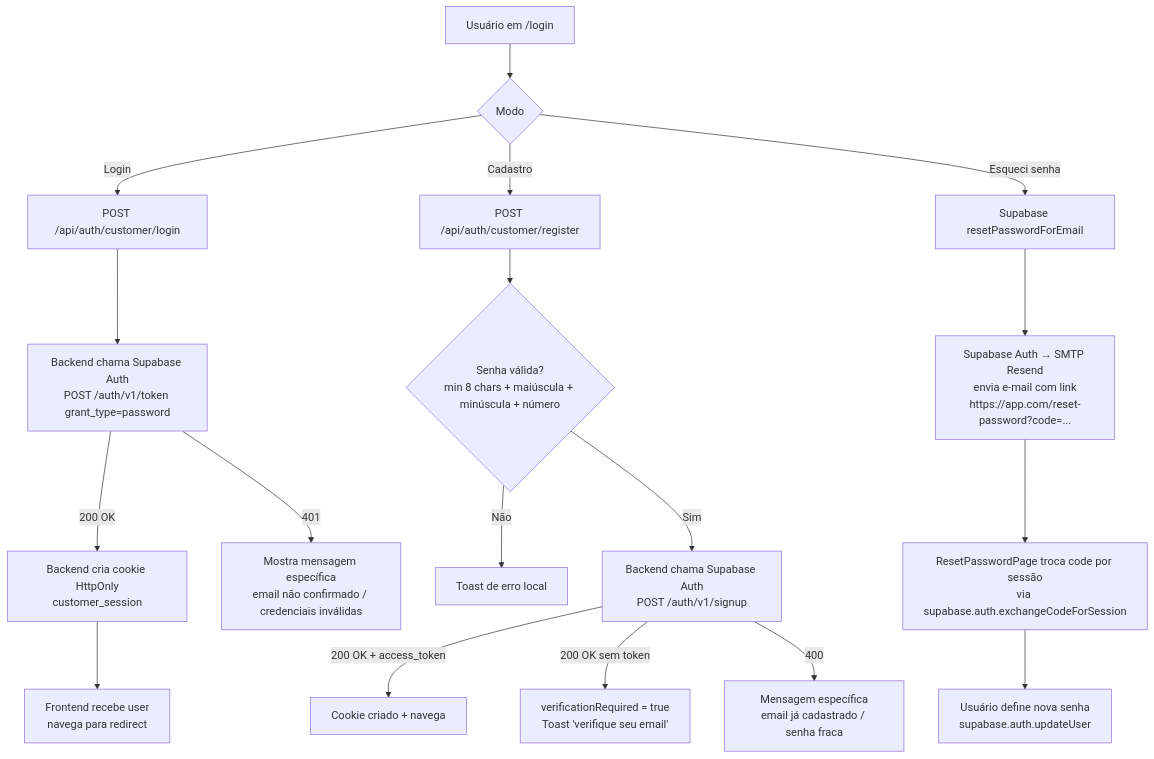
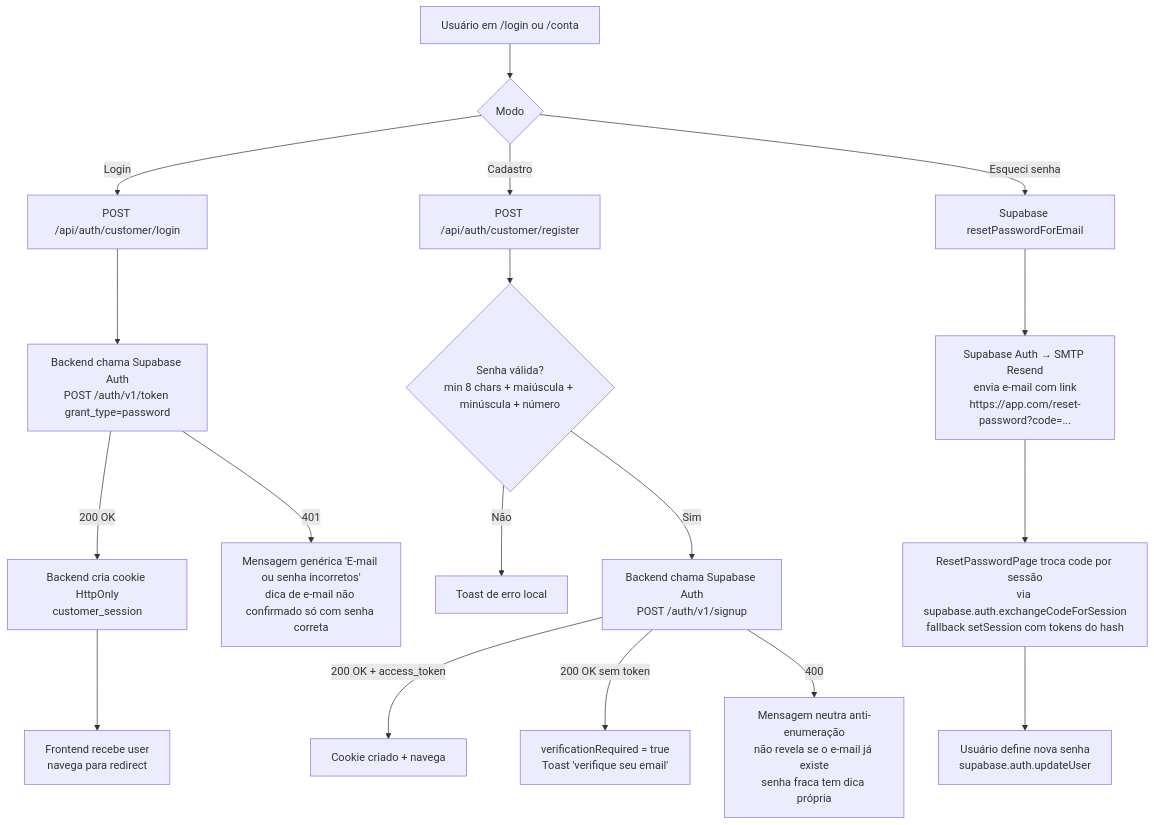
Before and after one commit to JoaoLuisC/Atelie-escolar: the first of 6 diagrams in docs/FLOWS.md, drawn with Mermaid. The commit also changed other lines of this file and 158 other files, not shown here.

````diff
--- a/docs/FLOWS.md
+++ b/docs/FLOWS.md
@@ -18,23 +18,23 @@
 ```mermaid
 flowchart TD
-    A[Usuário em /login] --> B{Modo}
+    A[Usuário em /login ou /conta] --> B{Modo}
     B -->|Login| C[POST /api/auth/customer/login]
     B -->|Cadastro| D[POST /api/auth/customer/register]
     B -->|Esqueci senha| E[Supabase resetPasswordForEmail]
 
     C --> C1[Backend chama Supabase Auth<br/>POST /auth/v1/token grant_type=password]
     C1 -->|200 OK| C2[Backend cria cookie HttpOnly<br/>customer_session]
     C2 --> C3[Frontend recebe user<br/>navega para redirect]
-    C1 -->|401| C4[Mostra mensagem específica<br/>email não confirmado / credenciais inválidas]
+    C1 -->|401| C4[Mensagem genérica 'E-mail ou senha incorretos'<br/>dica de e-mail não confirmado só com senha correta]
 
     D --> D1{Senha válida?<br/>min 8 chars + maiúscula + minúscula + número}
     D1 -->|Não| D2[Toast de erro local]
     D1 -->|Sim| D3[Backend chama Supabase Auth<br/>POST /auth/v1/signup]
     D3 -->|200 OK + access_token| D4[Cookie criado + navega]
     D3 -->|200 OK sem token| D5[verificationRequired = true<br/>Toast 'verifique seu email']
-    D3 -->|400| D6[Mensagem específica<br/>email já cadastrado / senha fraca]
+    D3 -->|400| D6[Mensagem neutra anti-enumeração<br/>não revela se o e-mail já existe<br/>senha fraca tem dica própria]
 
     E --> E1[Supabase Auth → SMTP Resend<br/>envia e-mail com link<br/>https://app.com/reset-password?code=...]
-    E1 --> E2[ResetPasswordPage troca code por sessão<br/>via supabase.auth.exchangeCodeForSession]
+    E1 --> E2[ResetPasswordPage troca code por sessão<br/>via supabase.auth.exchangeCodeForSession<br/>fallback setSession com tokens do hash]
     E2 --> E3[Usuário define nova senha<br/>supabase.auth.updateUser]
 ```
````
